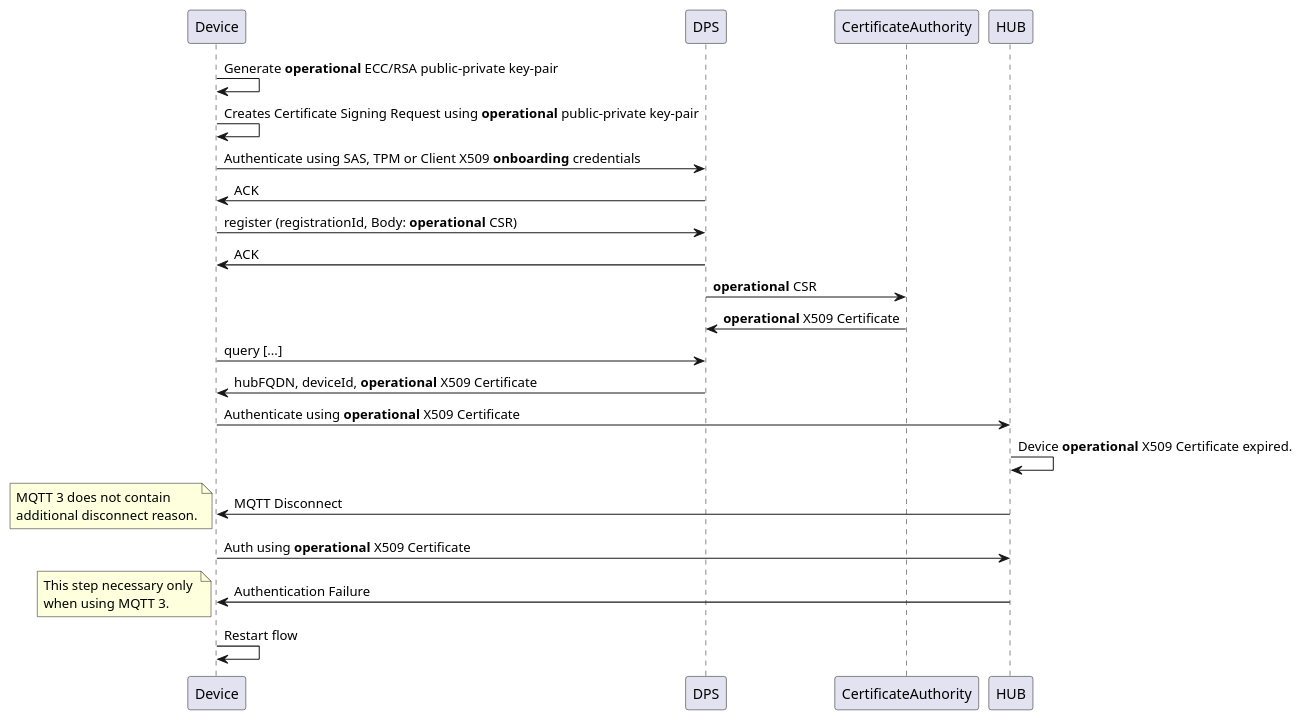
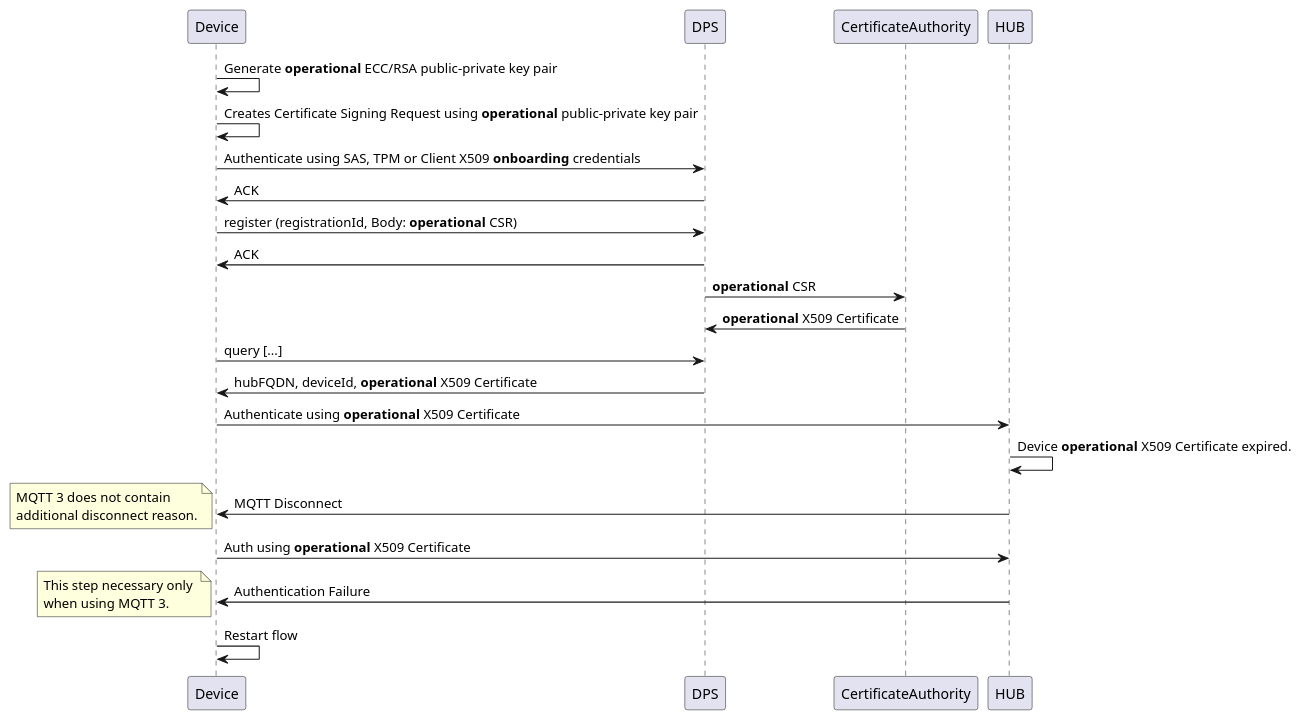
Before and after one commit to Azure-Samples/azure-iot-samples-csharp: the diagram in provisioning/Samples/device/SymmetricKeyWithOperationalCertificateSample/media/crs.puml, drawn with PlantUML. The commit also changed 2 other files, not shown here.

```diff
--- a/provisioning/Samples/device/SymmetricKeyWithOperationalCertificateSample/media/crs.puml
+++ b/provisioning/Samples/device/SymmetricKeyWithOperationalCertificateSample/media/crs.puml
@@ -1,27 +1,27 @@
 @startuml dpsCSR
-Device -> Device: Generate **operational** ECC/RSA public-private key-pair
-Device -> Device: Creates Certificate Signing Request using **operational** public-private key-pair
+Device -> Device: Generate **operational** ECC/RSA public-private key pair
+Device -> Device: Creates Certificate Signing Request using **operational** public-private key pair
 Device -> DPS: Authenticate using SAS, TPM or Client X509 **onboarding** credentials
 DPS -> Device: ACK
 Device -> DPS: register (registrationId, Body: **operational** CSR)
 DPS -> Device: ACK
 DPS -> CertificateAuthority: **operational** CSR
 DPS <- CertificateAuthority: **operational** X509 Certificate
 Device -> DPS: query [...]
 DPS -> Device: hubFQDN, deviceId, **operational** X509 Certificate
 Device -> HUB: Authenticate using **operational** X509 Certificate
 HUB->HUB: Device **operational** X509 Certificate expired.
 Device <- HUB: MQTT Disconnect
 note left
   MQTT 3 does not contain 
   additional disconnect reason.
 end note
 Device -> HUB: Auth using **operational** X509 Certificate
 Device <- HUB: Authentication Failure
 note left
   This step necessary only 
   when using MQTT 3.
 end note
 Device -> Device: Restart flow
 
 @enduml
```
